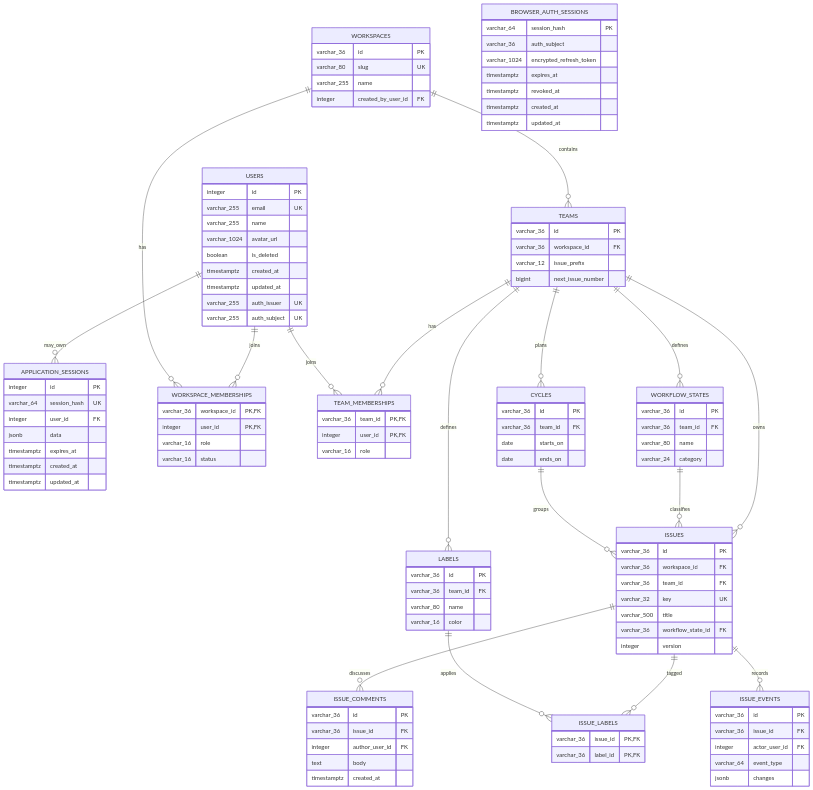
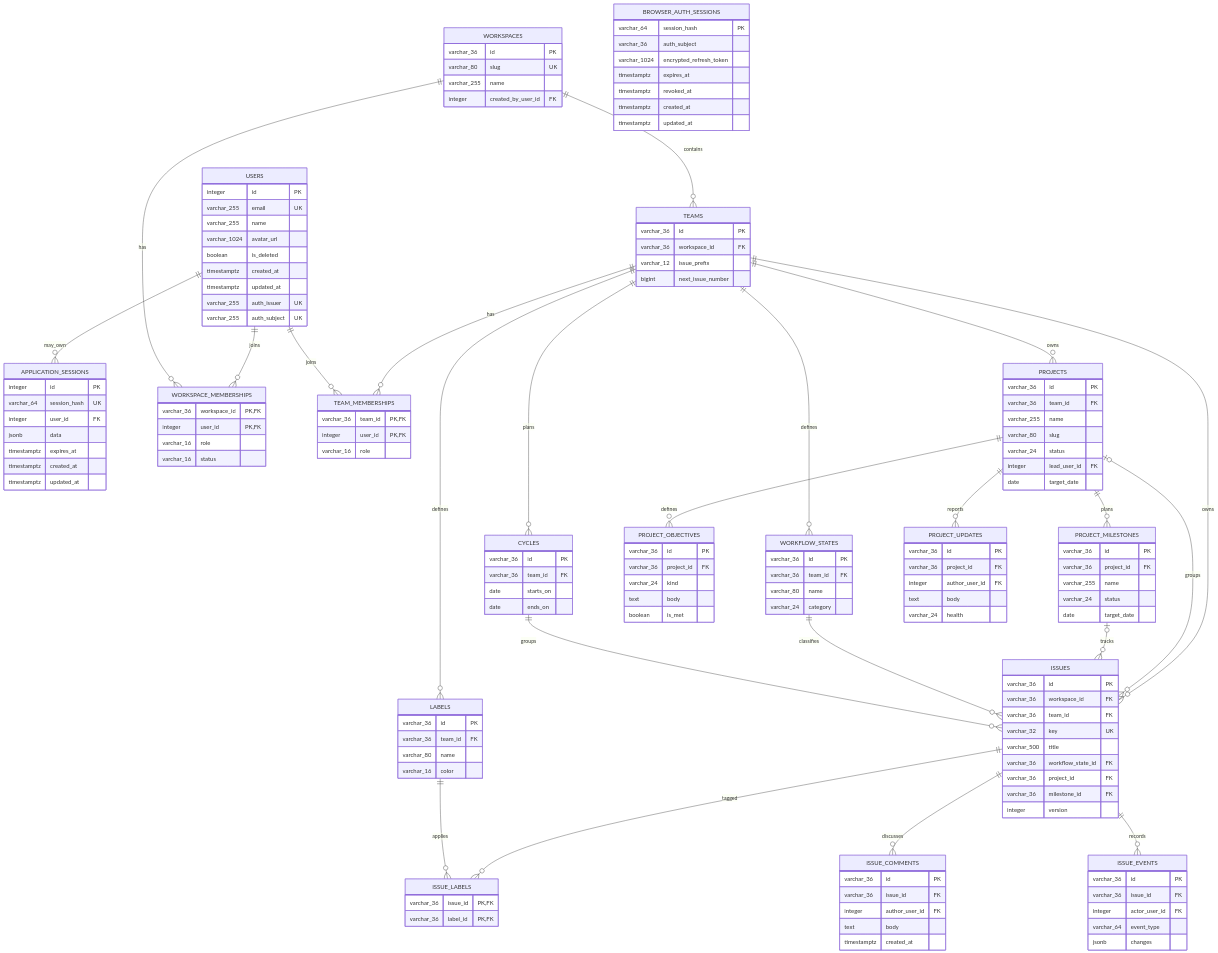
One commit to wangd606/commonplan-api changed the second of 2 diagrams in docs/data-model/00-current-schema-map.md. Above: the diagram before and after it, drawn with Mermaid. The commit also changed other lines of this file and 14 other files, not shown here.

Commit message:
feat: implement project planning milestone

```diff
--- a/docs/data-model/00-current-schema-map.md
+++ b/docs/data-model/00-current-schema-map.md
@@ -75,6 +75,12 @@
     TEAMS ||--o{ CYCLES : plans
     TEAMS ||--o{ LABELS : defines
     TEAMS ||--o{ ISSUES : owns
+    TEAMS ||--o{ PROJECTS : owns
+    PROJECTS ||--o{ PROJECT_OBJECTIVES : defines
+    PROJECTS ||--o{ PROJECT_MILESTONES : plans
+    PROJECTS ||--o{ PROJECT_UPDATES : reports
+    PROJECTS |o--o{ ISSUES : groups
+    PROJECT_MILESTONES |o--o{ ISSUES : tracks
     WORKFLOW_STATES ||--o{ ISSUES : classifies
     CYCLES ||--o{ ISSUES : groups
     ISSUES ||--o{ ISSUE_LABELS : tagged
@@ -143,6 +149,36 @@
         varchar_80 name
         varchar_16 color
     }
+    PROJECTS {
+        varchar_36 id PK
+        varchar_36 team_id FK
+        varchar_255 name
+        varchar_80 slug
+        varchar_24 status
+        integer lead_user_id FK
+        date target_date
+    }
+    PROJECT_OBJECTIVES {
+        varchar_36 id PK
+        varchar_36 project_id FK
+        varchar_24 kind
+        text body
+        boolean is_met
+    }
+    PROJECT_MILESTONES {
+        varchar_36 id PK
+        varchar_36 project_id FK
+        varchar_255 name
+        varchar_24 status
+        date target_date
+    }
+    PROJECT_UPDATES {
+        varchar_36 id PK
+        varchar_36 project_id FK
+        integer author_user_id FK
+        text body
+        varchar_24 health
+    }
     ISSUES {
         varchar_36 id PK
         varchar_36 workspace_id FK
@@ -150,6 +186,8 @@
         varchar_32 key UK
         varchar_500 title
         varchar_36 workflow_state_id FK
+        varchar_36 project_id FK
+        varchar_36 milestone_id FK
         integer version
     }
     ISSUE_LABELS {
```
